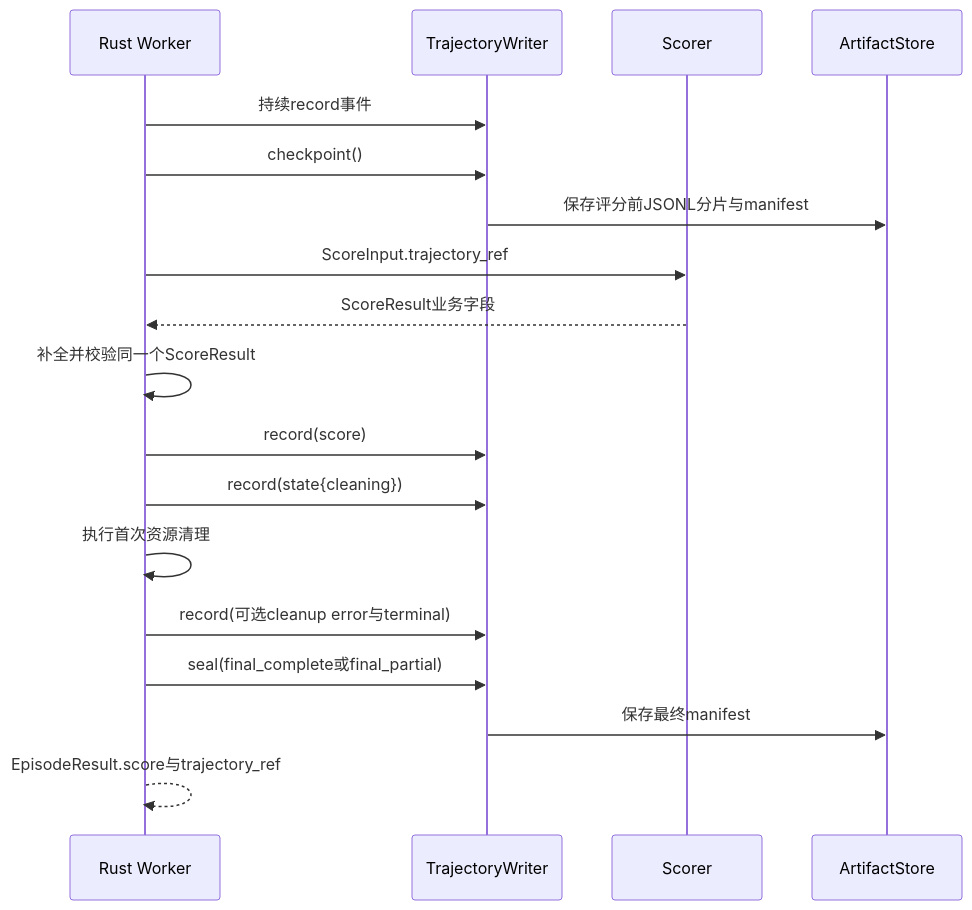
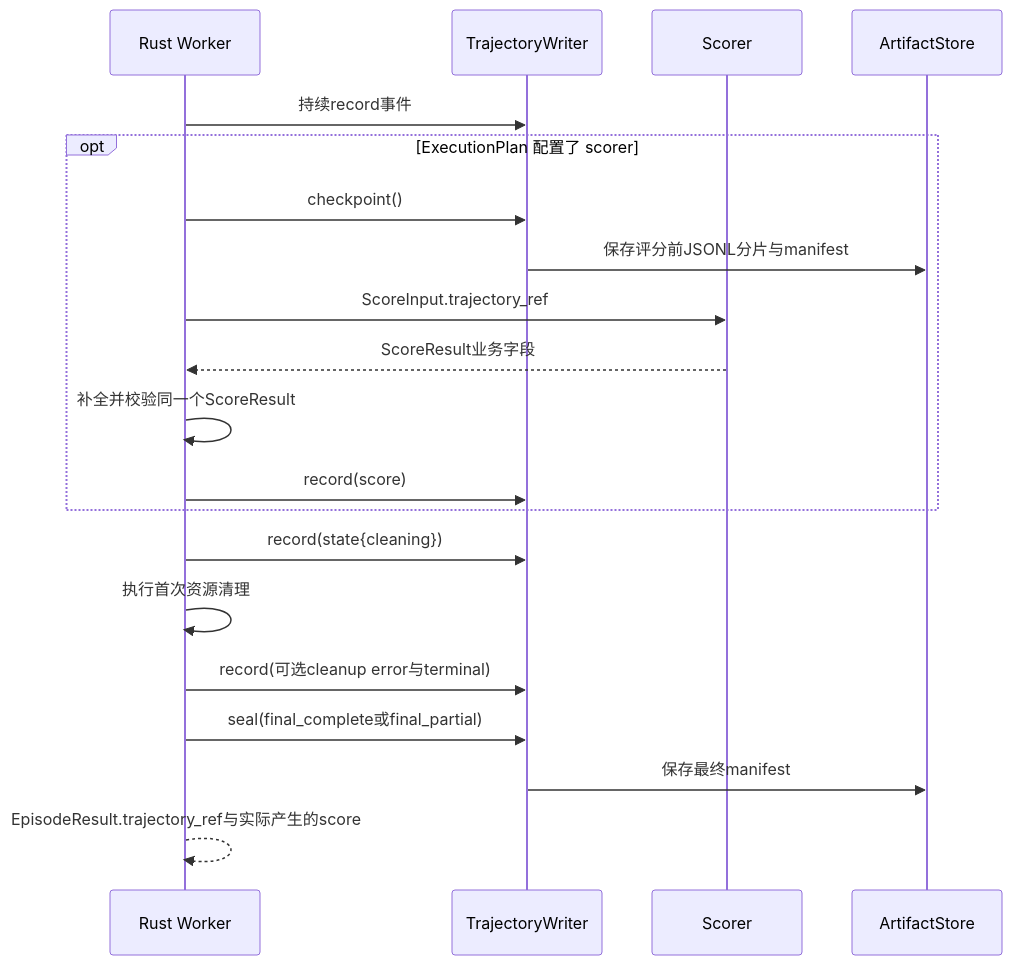
Before and after one commit to audreyyan1015/uenv_design: diagram 15 of 16 in docs/uenv_design.md, drawn with Mermaid. The commit also changed other lines of this file and 65 other files, not shown here.

````diff
--- a/docs/uenv_design.md
+++ b/docs/uenv_design.md
@@ -932,20 +953,22 @@
 ```mermaid
 sequenceDiagram
   participant W as Rust Worker
   participant T as TrajectoryWriter
   participant S as Scorer
   participant A as ArtifactStore
   W->>T: 持续record事件
+  opt ExecutionPlan 配置了 scorer
   W->>T: checkpoint()
   T->>A: 保存评分前JSONL分片与manifest
   W->>S: ScoreInput.trajectory_ref
   S-->>W: ScoreResult业务字段
   W->>W: 补全并校验同一个ScoreResult
   W->>T: record(score)
+  end
   W->>T: record(state{cleaning})
   W->>W: 执行首次资源清理
   W->>T: record(可选cleanup error与terminal)
   W->>T: seal(final_complete或final_partial)
   T->>A: 保存最终manifest
-  W-->>W: EpisodeResult.score与trajectory_ref
+  W-->>W: EpisodeResult.trajectory_ref与实际产生的score
 ```
````
